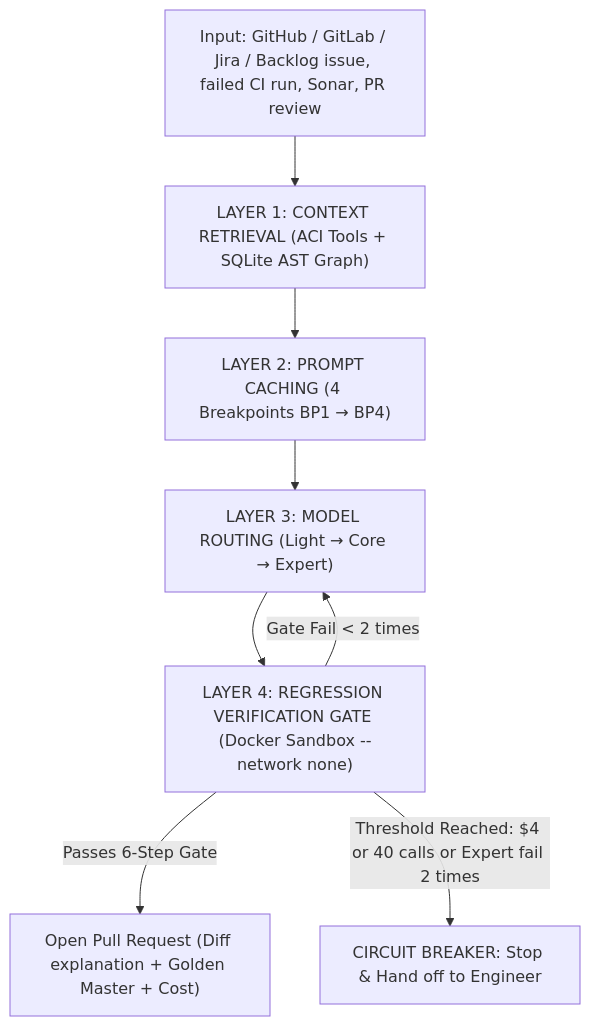
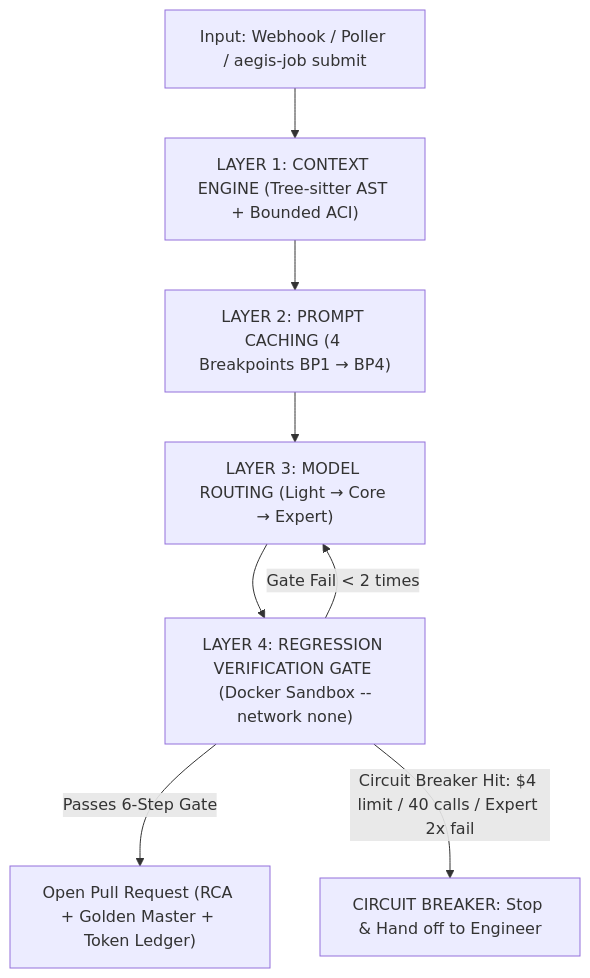
Before and after one commit to hoanghainh1188/aegis-code: the second of 2 diagrams in README.md, drawn with Mermaid. The commit also changed other lines of this file, not shown here.

````diff
--- a/README.md
+++ b/README.md
@@ -40,11 +144,11 @@
 ```mermaid
 flowchart TD
-    Issue["Input: GitHub / GitLab / Jira / Backlog issue, failed CI run, Sonar, PR review"] --> T1["LAYER 1: CONTEXT RETRIEVAL (ACI Tools + SQLite AST Graph)"]
-    T1 --> T2["LAYER 2: PROMPT CACHING (4 Breakpoints BP1 → BP4)"]
-    T2 --> T3["LAYER 3: MODEL ROUTING (Light → Core → Expert)"]
-    T3 --> T4["LAYER 4: REGRESSION VERIFICATION GATE (Docker Sandbox --network none)"]
+    Issue["Input: Webhook / Poller / aegis-job submit"] --> L1["LAYER 1: CONTEXT ENGINE (Tree-sitter AST + Bounded ACI)"]
+    L1 --> L2["LAYER 2: PROMPT CACHING (4 Breakpoints BP1 → BP4)"]
+    L2 --> L3["LAYER 3: MODEL ROUTING (Light → Core → Expert)"]
+    L3 --> L4["LAYER 4: REGRESSION VERIFICATION GATE (Docker Sandbox --network none)"]
     
-    T4 -->|Passes 6-Step Gate| PR["Open Pull Request (Diff explanation + Golden Master + Cost)"]
-    T4 -->|Gate Fail < 2 times| T3
-    T4 -->|Threshold Reached: $4 or 40 calls or Expert fail 2 times| Stop["CIRCUIT BREAKER: Stop & Hand off to Engineer"]
+    L4 -->|Passes 6-Step Gate| PR["Open Pull Request (RCA + Golden Master + Token Ledger)"]
+    L4 -->|Gate Fail < 2 times| L3
+    L4 -->|Circuit Breaker Hit: $4 limit / 40 calls / Expert 2x fail| Stop["CIRCUIT BREAKER: Stop & Hand off to Engineer"]
 ```
````
